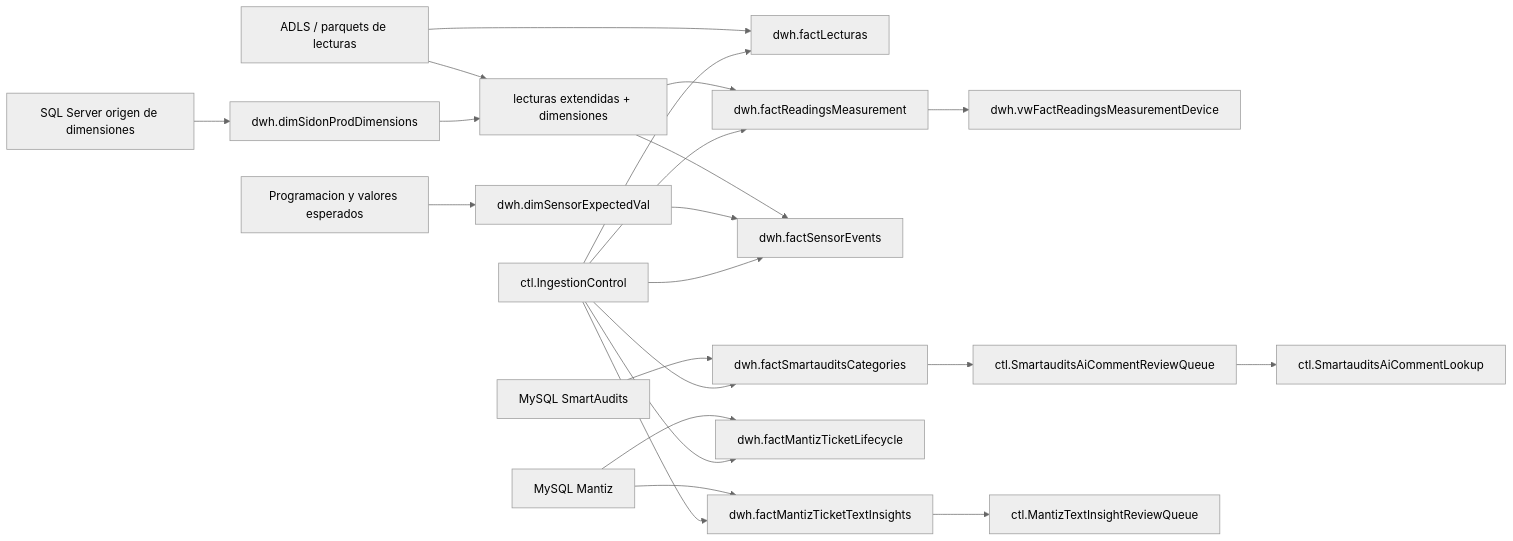
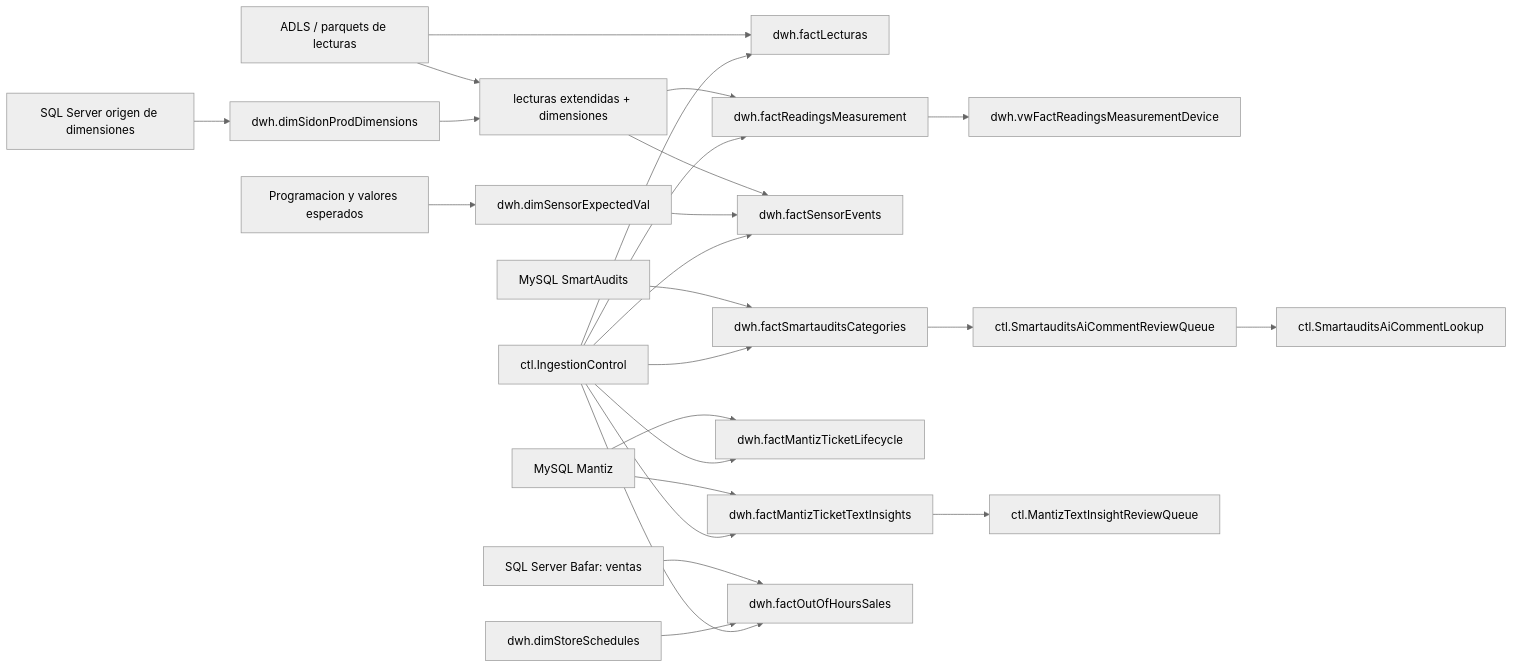
One commit to leotrevizo37/data-etls changed the diagram in docs/architecture/data_flow.md. Above: the diagram before and after it, drawn with Mermaid (neutral theme). The commit also changed other lines of this file and 8 other files, not shown here.

````diff
--- a/docs/architecture/data_flow.md
+++ b/docs/architecture/data_flow.md
@@ -5,29 +5,33 @@
 ```mermaid
 flowchart LR
   adls["ADLS / parquets de lecturas"] --> factLecturas["dwh.factLecturas"]
   adls --> readingsExtended["lecturas extendidas + dimensiones"]
   sqlDims["SQL Server origen de dimensiones"] --> dimSidon["dwh.dimSidonProdDimensions"]
   sqlSchedule["Programacion y valores esperados"] --> expected["dwh.dimSensorExpectedVal"]
 
   dimSidon --> readingsExtended
   readingsExtended --> measurements["dwh.factReadingsMeasurement"]
   measurements --> deviceView["dwh.vwFactReadingsMeasurementDevice"]
 
   readingsExtended --> sensorEvents["dwh.factSensorEvents"]
   expected --> sensorEvents
 
   smartauditsMySql["MySQL SmartAudits"] --> smartauditsFact["dwh.factSmartauditsCategories"]
   smartauditsFact --> smartauditsReview["ctl.SmartauditsAiCommentReviewQueue"]
   smartauditsReview --> smartauditsLookup["ctl.SmartauditsAiCommentLookup"]
 
   mantizMySql["MySQL Mantiz"] --> mantizLifecycle["dwh.factMantizTicketLifecycle"]
   mantizMySql --> mantizInsights["dwh.factMantizTicketTextInsights"]
   mantizInsights --> mantizReview["ctl.MantizTextInsightReviewQueue"]
 
+  bafarSales["SQL Server Bafar: ventas"] --> outOfHoursSales["dwh.factOutOfHoursSales"]
+  bafarSchedules["dwh.dimStoreSchedules"] --> outOfHoursSales
+
   control["ctl.IngestionControl"] --> factLecturas
   control --> measurements
   control --> sensorEvents
   control --> smartauditsFact
   control --> mantizLifecycle
   control --> mantizInsights
+  control --> outOfHoursSales
 ```
````
